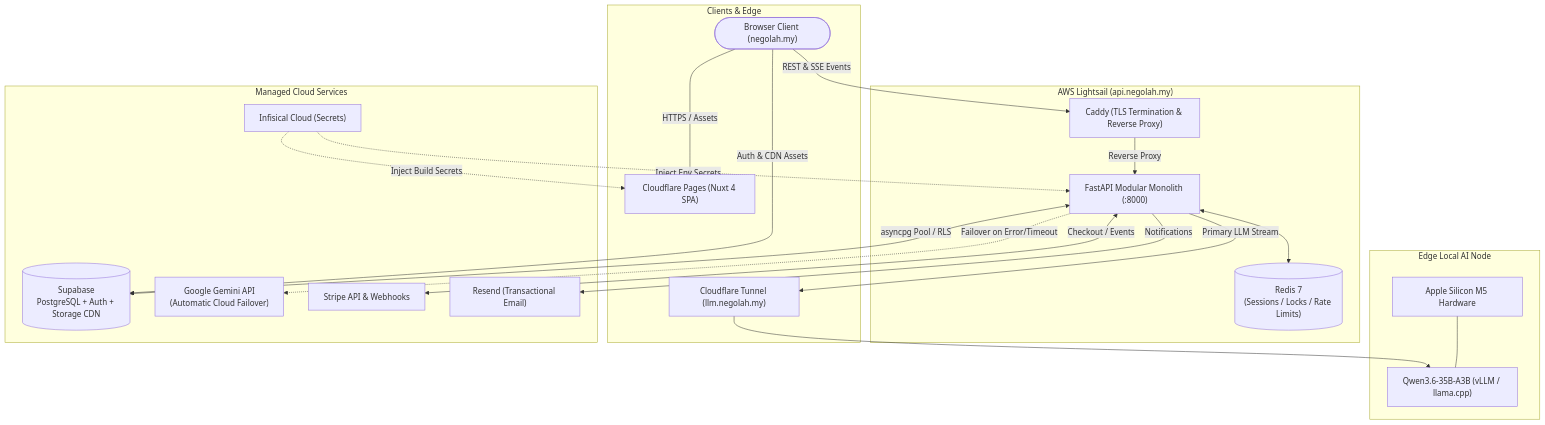
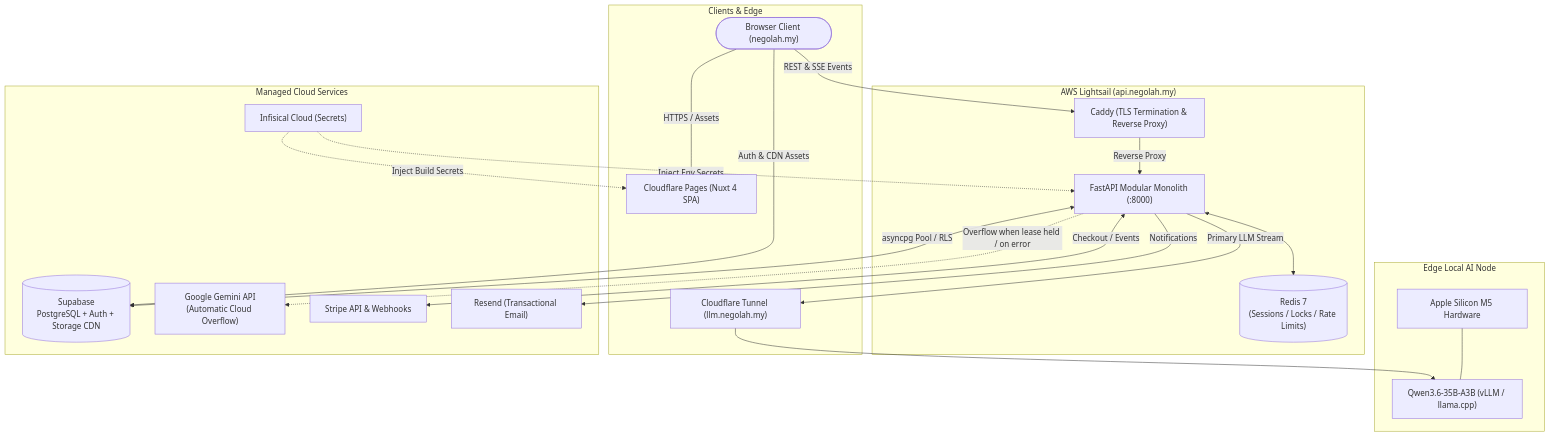
Before and after one commit to terryong31/nego-lah: the first of 3 diagrams in README.md, drawn with Mermaid. The commit also changed other lines of this file and 48 other files, not shown here.

````diff
--- a/README.md
+++ b/README.md
@@ -28,45 +31,45 @@
 ```mermaid
 graph TB
     subgraph Clients["Clients & Edge"]
         Browser(["Browser Client (negolah.my)"])
         CFPages["Cloudflare Pages (Nuxt 4 SPA)"]
         CFTunnel["Cloudflare Tunnel (llm.negolah.my)"]
     end
 
     subgraph AWS["AWS Lightsail (api.negolah.my)"]
         Caddy["Caddy (TLS Termination & Reverse Proxy)"]
         FastAPI["FastAPI Modular Monolith (:8000)"]
         Redis[("Redis 7\n(Sessions / Locks / Rate Limits)")]
 
         Caddy -->|Reverse Proxy| FastAPI
         FastAPI <--> Redis
     end
 
     subgraph LocalAI["Edge Local AI Node"]
         M5Mac["Apple Silicon M5 Hardware"]
         LocalLLM["Qwen3.6-35B-A3B (vLLM / llama.cpp)"]
         M5Mac --- LocalLLM
     end
 
     subgraph CloudServices["Managed Cloud Services"]
         Supabase[("Supabase\nPostgreSQL + Auth + Storage CDN")]
-        Gemini["Google Gemini API\n(Automatic Cloud Failover)"]
+        Gemini["Google Gemini API\n(Automatic Cloud Overflow)"]
         Stripe["Stripe API & Webhooks"]
         Resend["Resend (Transactional Email)"]
         Infisical["Infisical Cloud (Secrets)"]
     end
 
     Browser -->|HTTPS / Assets| CFPages
     Browser -->|REST & SSE Events| Caddy
     Browser -->|Auth & CDN Assets| Supabase
 
     FastAPI -->|Primary LLM Stream| CFTunnel
     CFTunnel --> LocalLLM
-    FastAPI -.->|Failover on Error/Timeout| Gemini
+    FastAPI -.->|Overflow when lease held / on error| Gemini
 
     FastAPI <-->|asyncpg Pool / RLS| Supabase
     FastAPI <-->|Checkout / Events| Stripe
     FastAPI -->|Notifications| Resend
     Infisical -.->|Inject Env Secrets| FastAPI
     Infisical -.->|Inject Build Secrets| CFPages
 ```
````
